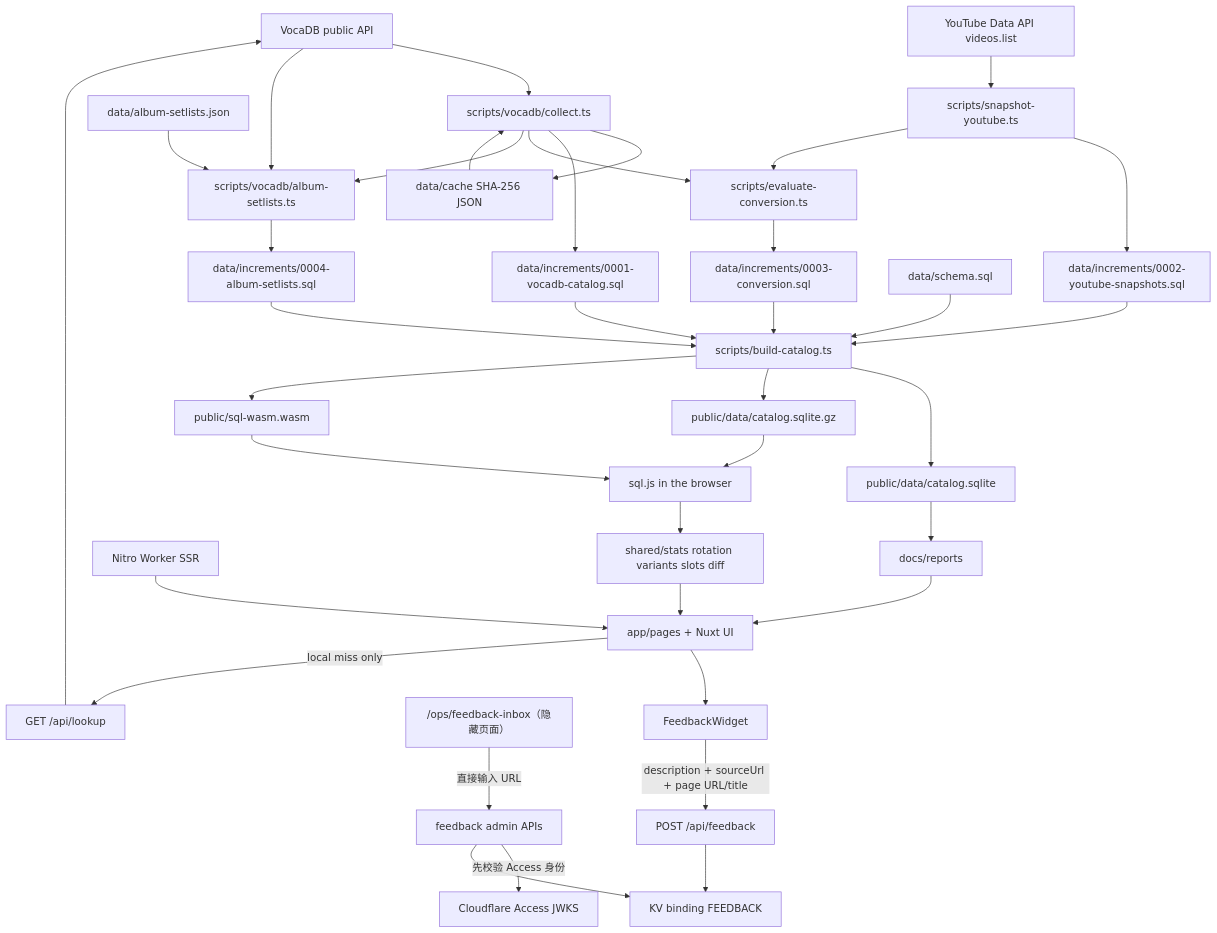
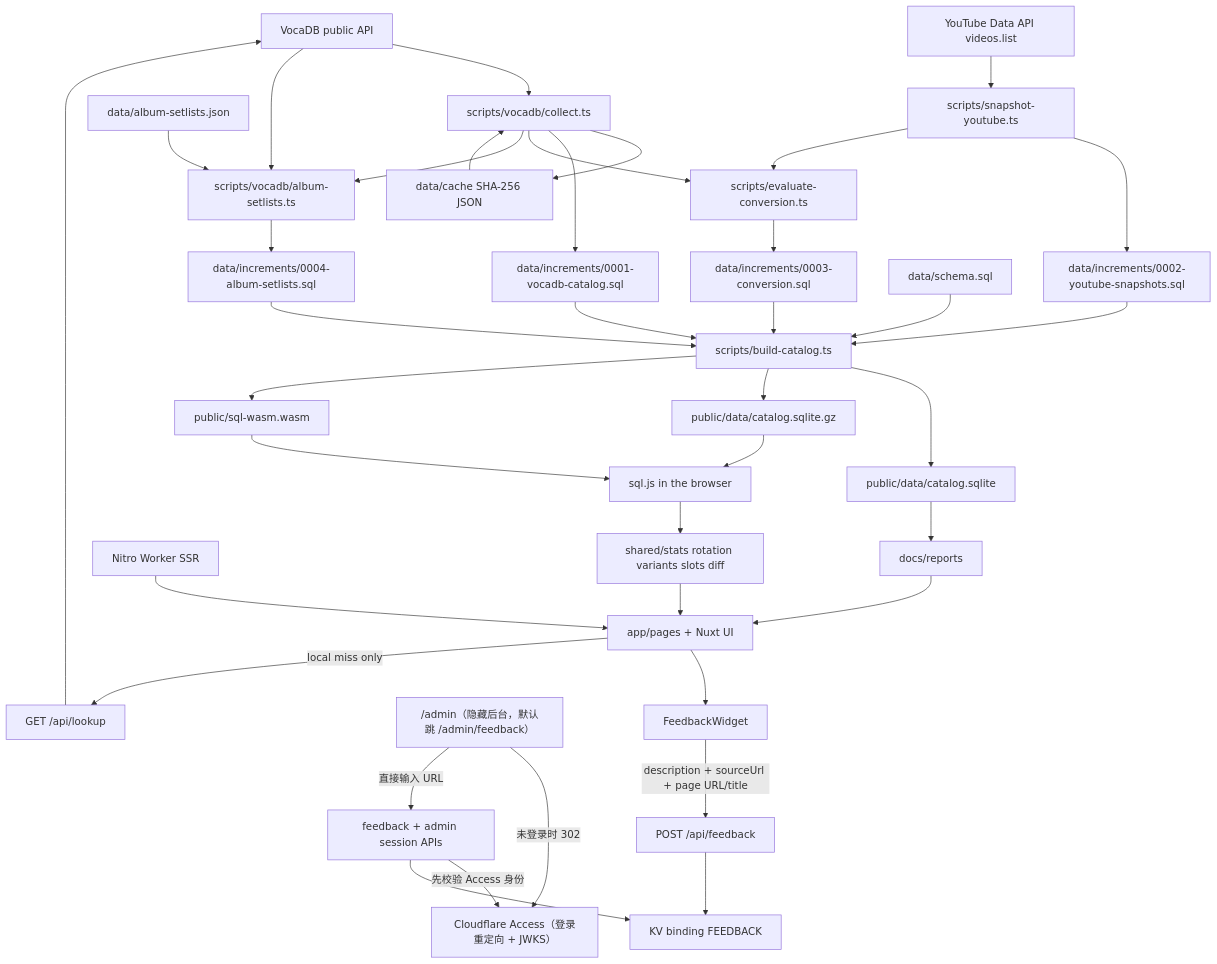
The diagram in docs/architecture.md (RJiazhen/miku-concert-stats), drawn with Mermaid before and after one commit. The commit also changed other lines of this file and 16 other files, not shown here.

````diff
--- a/docs/architecture.md
+++ b/docs/architecture.md
@@ -220,69 +230,70 @@
 ```mermaid
 flowchart TD
   vocadb["VocaDB public API"]
   cache["data/cache SHA-256 JSON"]
   collect["scripts/vocadb/collect.ts"]
   albums["data/album-setlists.json"]
   collectalbums["scripts/vocadb/album-setlists.ts"]
   youtube["YouTube Data API videos.list"]
   snap["scripts/snapshot-youtube.ts"]
   inc1["data/increments/0001-vocadb-catalog.sql"]
   inc2["data/increments/0002-youtube-snapshots.sql"]
   inc4["data/increments/0004-album-setlists.sql"]
   eval["scripts/evaluate-conversion.ts"]
   inc3["data/increments/0003-conversion.sql"]
   schema["data/schema.sql"]
   build["scripts/build-catalog.ts"]
   sqlite["public/data/catalog.sqlite"]
   gzip["public/data/catalog.sqlite.gz"]
   wasm["public/sql-wasm.wasm"]
   browser["sql.js in the browser"]
   shared["shared/stats rotation variants slots diff"]
   pages["app/pages + Nuxt UI"]
   widget["FeedbackWidget"]
   feedback["POST /api/feedback"]
   feedbackkv["KV binding FEEDBACK"]
-  ops["/ops/feedback-inbox（隐藏页面）"]
-  adminapi["feedback admin APIs"]
-  access["Cloudflare Access JWKS"]
+  admin["/admin（隐藏后台，默认跳 /admin/feedback）"]
+  adminapi["feedback + admin session APIs"]
+  access["Cloudflare Access（登录重定向 + JWKS）"]
   worker["Nitro Worker SSR"]
   lookup["GET /api/lookup"]
   report["docs/reports"]
 
   vocadb --> collect
   collect --> cache
   cache --> collect
   collect --> inc1
   collect --> eval
   vocadb --> collectalbums
   albums --> collectalbums
   collect --> collectalbums
   collectalbums --> inc4
   youtube --> snap
   snap --> inc2
   snap --> eval
   schema --> build
   inc1 --> build
   inc2 --> build
   inc4 --> build
   inc3 --> build
   eval --> inc3
   build --> sqlite
   build --> gzip
   build --> wasm
   gzip --> browser
   wasm --> browser
   browser --> shared
   shared --> pages
   worker --> pages
   pages --> widget
   widget -->|"description + sourceUrl + page URL/title"| feedback
   feedback --> feedbackkv
   adminapi -->|"先校验 Access 身份"| access
   adminapi --> feedbackkv
-  ops -->|"直接输入 URL"| adminapi
+  admin -->|"未登录时 302"| access
+  admin -->|"直接输入 URL"| adminapi
   pages -->|"local miss only"| lookup
   lookup --> vocadb
   sqlite --> report
   report --> pages
 ```
````
